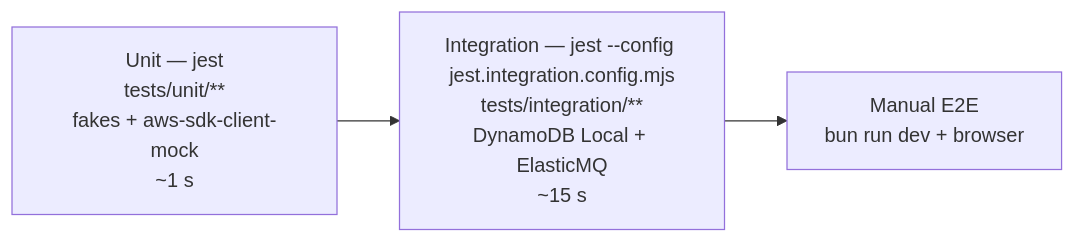
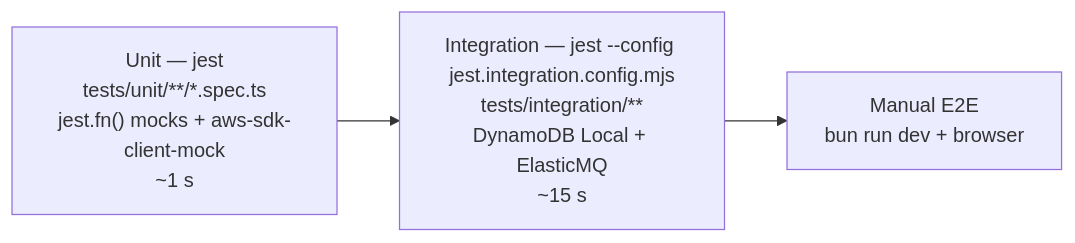
Before and after one commit to sumiyab/noti-request-system: the diagram in docs/backend-design.md, drawn with Mermaid. The commit also changed other lines of this file and 35 other files, not shown here.

First line of the commit message:
Rename tests to specs and mock dependencies with jest.fn()

````diff
--- a/docs/backend-design.md
+++ b/docs/backend-design.md
@@ -250,4 +250,4 @@
 ```mermaid
 flowchart LR
-  U["Unit — jest<br/>tests/unit/**<br/>fakes + aws-sdk-client-mock<br/>~1 s"] --> I["Integration — jest --config jest.integration.config.mjs<br/>tests/integration/**<br/>DynamoDB Local + ElasticMQ<br/>~15 s"] --> E["Manual E2E<br/>bun run dev + browser"]
+  U["Unit — jest<br/>tests/unit/**/*.spec.ts<br/>jest.fn() mocks + aws-sdk-client-mock<br/>~1 s"] --> I["Integration — jest --config jest.integration.config.mjs<br/>tests/integration/**<br/>DynamoDB Local + ElasticMQ<br/>~15 s"] --> E["Manual E2E<br/>bun run dev + browser"]
 ```
````
